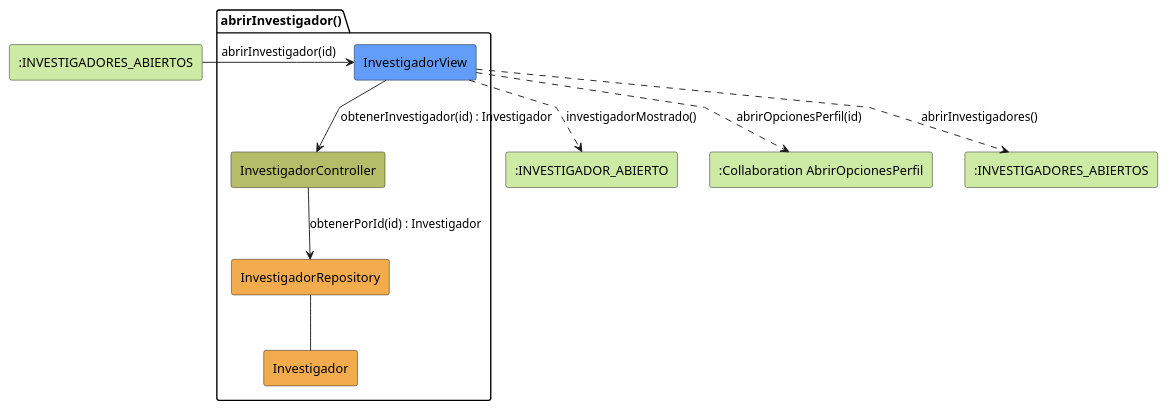
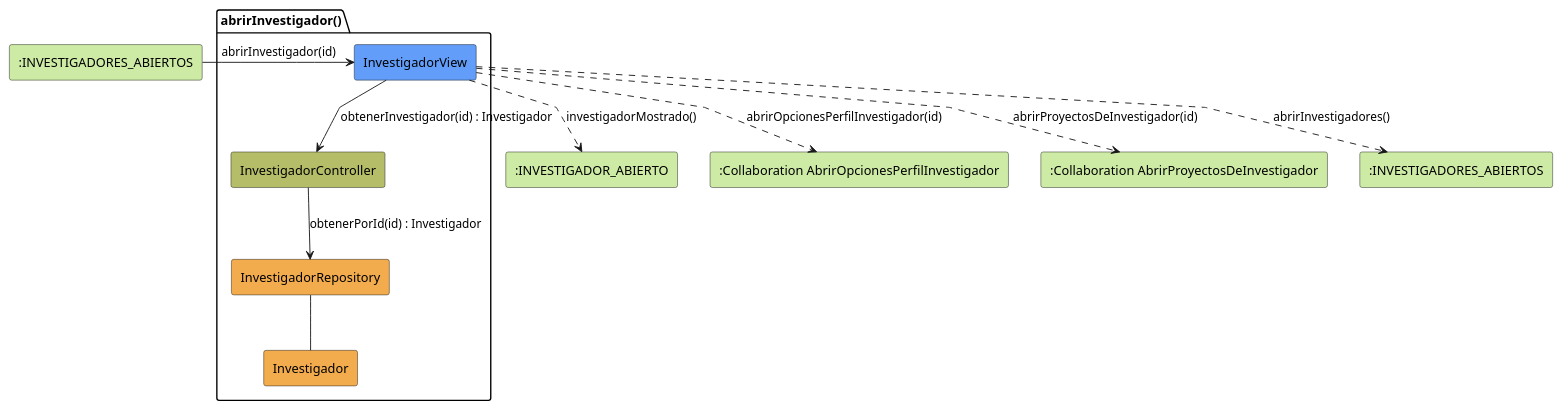
One commit to 31Diego/25-26-idsw2-sdVC changed the diagram in modelosUML/analisis/coordinador/abrirInvestigador.puml. Above: the diagram before and after it, drawn with PlantUML. The commit also changed 19 other files, not shown here.

```diff
--- a/modelosUML/analisis/coordinador/abrirInvestigador.puml
+++ b/modelosUML/analisis/coordinador/abrirInvestigador.puml
@@ -1,29 +1,31 @@
 @startuml abrirInvestigador-analisis
 skinparam linetype polyline
 
 rectangle #CDEBA5 ":INVESTIGADORES_ABIERTOS" as InvestigadoresAbiertos
 
 package abrirInvestigador as "abrirInvestigador()" {
     rectangle #629EF9 InvestigadorView
     rectangle #b5bd68 InvestigadorController
     rectangle #F2AC4E InvestigadorRepository
     rectangle #F2AC4E Investigador
 }
 
 rectangle #CDEBA5 ":INVESTIGADOR_ABIERTO" as InvestigadorAbierto
-rectangle #CDEBA5 ":Collaboration AbrirOpcionesPerfil" as ColPerfil
+rectangle #CDEBA5 ":Collaboration AbrirOpcionesPerfilInvestigador" as ColPerfil
+rectangle #CDEBA5 ":Collaboration AbrirProyectosDeInvestigador" as ColProyectos
 rectangle #CDEBA5 ":INVESTIGADORES_ABIERTOS" as InvestigadoresSalida
 
 InvestigadoresAbiertos -r-> InvestigadorView: abrirInvestigador(id)
 
 InvestigadorView -d-> InvestigadorController: obtenerInvestigador(id) : Investigador
 
 InvestigadorController --> InvestigadorRepository: obtenerPorId(id) : Investigador
 
 InvestigadorRepository -- Investigador
 
 InvestigadorView ..> InvestigadorAbierto: investigadorMostrado()
-InvestigadorView ..> ColPerfil: abrirOpcionesPerfil(id)
+InvestigadorView ..> ColPerfil: abrirOpcionesPerfilInvestigador(id)
+InvestigadorView ..> ColProyectos: abrirProyectosDeInvestigador(id)
 InvestigadorView ..> InvestigadoresSalida: abrirInvestigadores()
 
 @enduml
```
